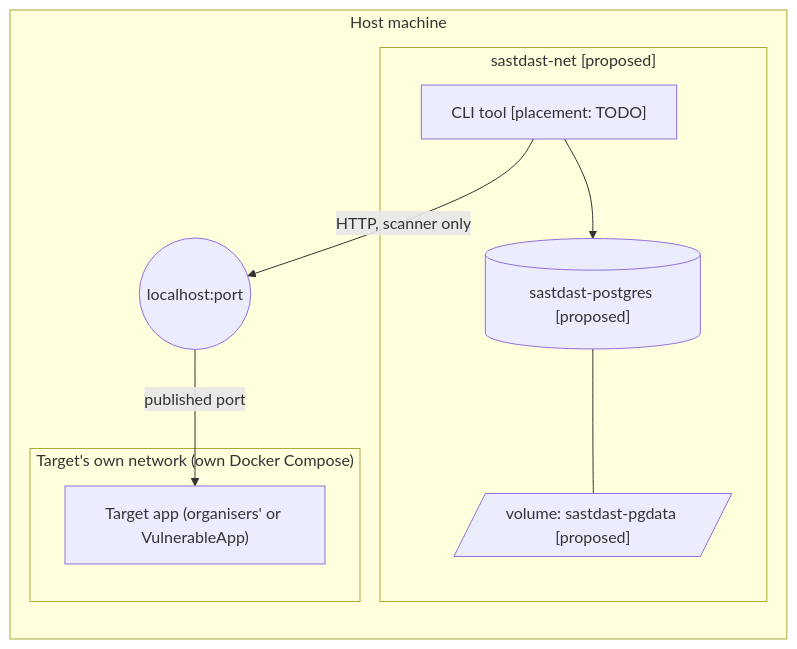
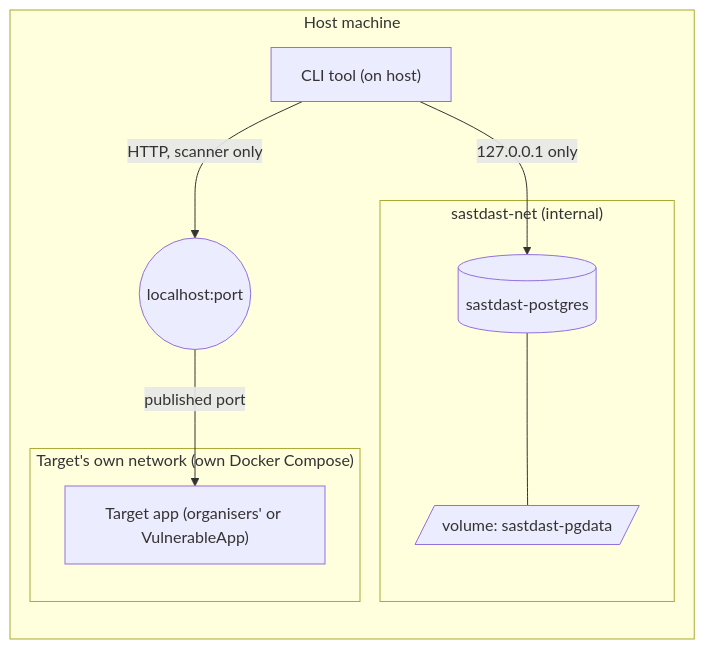
Before and after one commit to ROHITH-KUMAR-L/elenchus: the second of 2 diagrams in docs/architecture.md, drawn with Mermaid. The commit also changed other lines of this file and 16 other files, not shown here.

First line of the commit message:
feat(common): move finding contract to common/record.py; host CLI reaches Postgres on loopback

````diff
--- a/docs/architecture.md
+++ b/docs/architecture.md
@@ -112,18 +112,18 @@
 ```mermaid
 flowchart LR
     subgraph host[Host machine]
-        subgraph ours["sastdast-net [proposed]"]
-            cli["CLI tool [placement: TODO]"]
-            pg[("sastdast-postgres [proposed]")]
-            vol[/"volume: sastdast-pgdata [proposed]"/]
-            cli --> pg
+        cli["CLI tool (on host)"]
+        subgraph ours["sastdast-net (internal)"]
+            pg[("sastdast-postgres")]
+            vol[/"volume: sastdast-pgdata"/]
             pg --- vol
         end
+        cli -- "127.0.0.1 only" --> pg
         port(("localhost:port"))
         subgraph theirs["Target's own network (own Docker Compose)"]
             target["Target app (organisers' or VulnerableApp)"]
         end
         cli -- HTTP, scanner only --> port
         port -- published port --> target
     end
 ```
````
